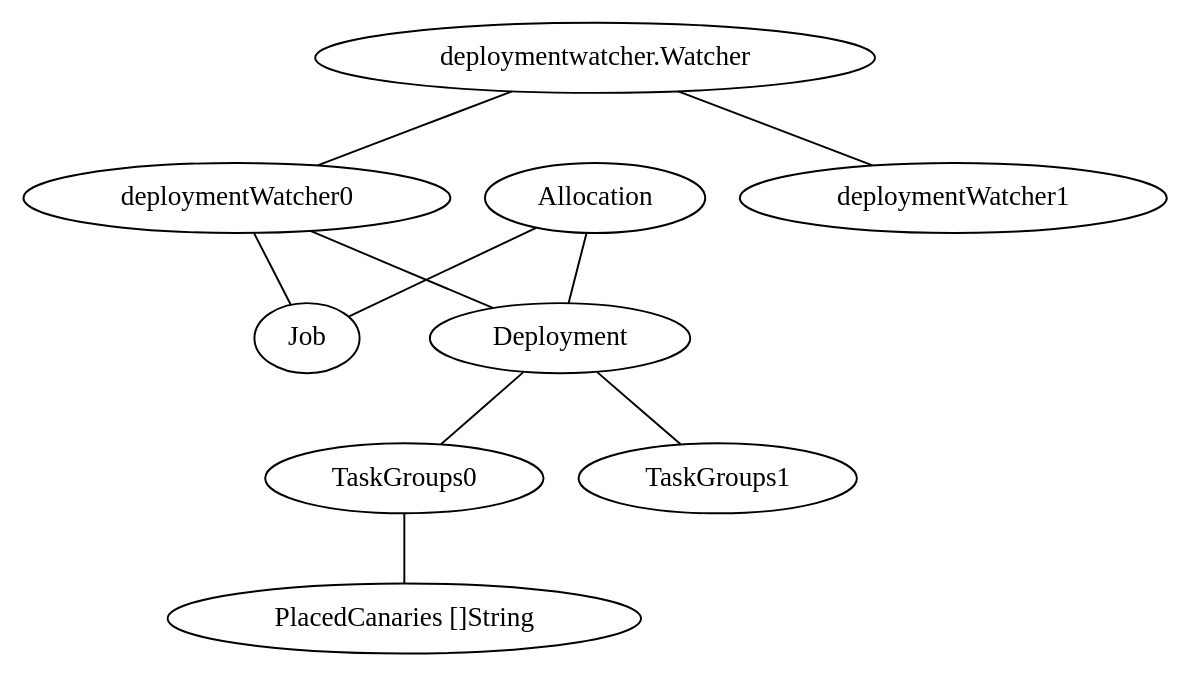
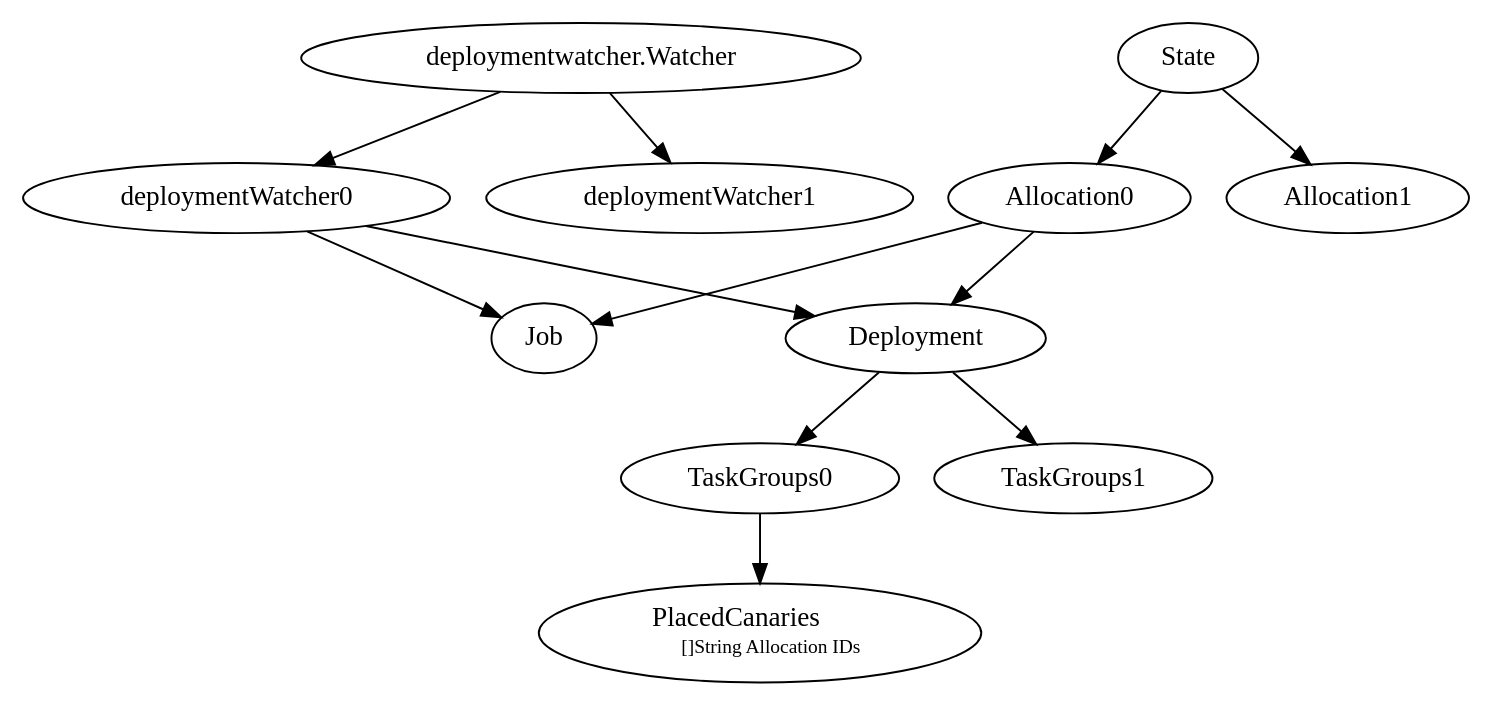
One commit to langmartin/nomad-tla changed the diagram in watcher.dot. Above: the diagram before and after it, drawn with Graphviz.

Commit message:
watcher gross html labels

```diff
--- a/watcher.dot
+++ b/watcher.dot
@@ -1,16 +1,29 @@
-graph {
-      "deploymentwatcher.Watcher" -- "deploymentWatcher0";
-      "deploymentwatcher.Watcher" -- "deploymentWatcher1";
+digraph {
+	subgraph {
+		"deploymentwatcher.Watcher" -> "deploymentWatcher0";
+		"deploymentwatcher.Watcher" -> "deploymentWatcher1";
 
-      "deploymentWatcher0" -- Job;
-      "deploymentWatcher0" -- Deployment;
+		"deploymentWatcher0" -> Job;
+		"deploymentWatcher0" -> Deployment;
 
-      Allocation -- Job;
-      Allocation -- Deployment;
+		Deployment -> TaskGroups0;
+		Deployment -> TaskGroups1;
 
-      Deployment -- TaskGroups0;
-      Deployment -- TaskGroups1;
+		TaskGroups0 -> PlacedCanaries
+		PlacedCanaries[label=<PlacedCanaries<br/>
+			       <font point-size="10">[]String Allocation IDs</font>>]
 
-      TaskGroups0 -- PlacedCanaries;
-      PlacedCanaries[label="PlacedCanaries []String"]
+		// TaskGroups0 -> PlacedCanaries0;
+		// TaskGroups0 -> PlacedCanaries1;
+		// PlacedCanaries[xlabel="string allocation ids"]
+		// PlacedCanaries0 -> Allocation0[style=dotted,weight=0]
+	}
+
+	subgraph {
+		State -> Allocation0;
+		State -> Allocation1;
+		Allocation0 -> Job;
+		Allocation0 -> Deployment;
+	}
+
 }
```
